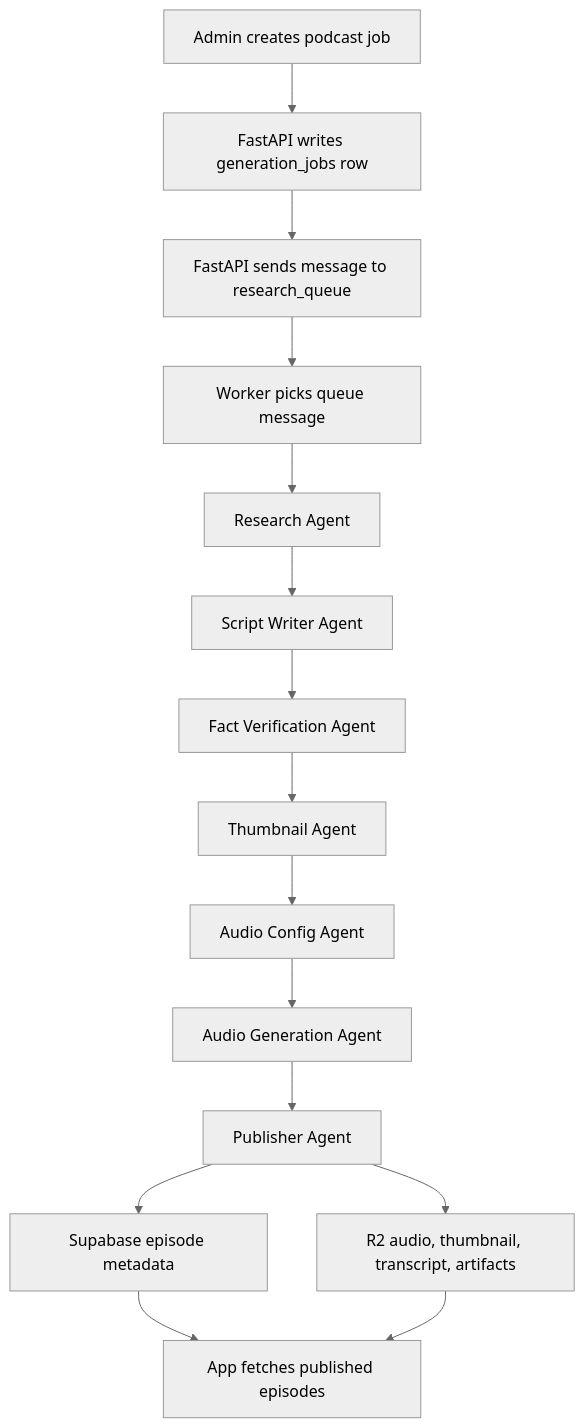
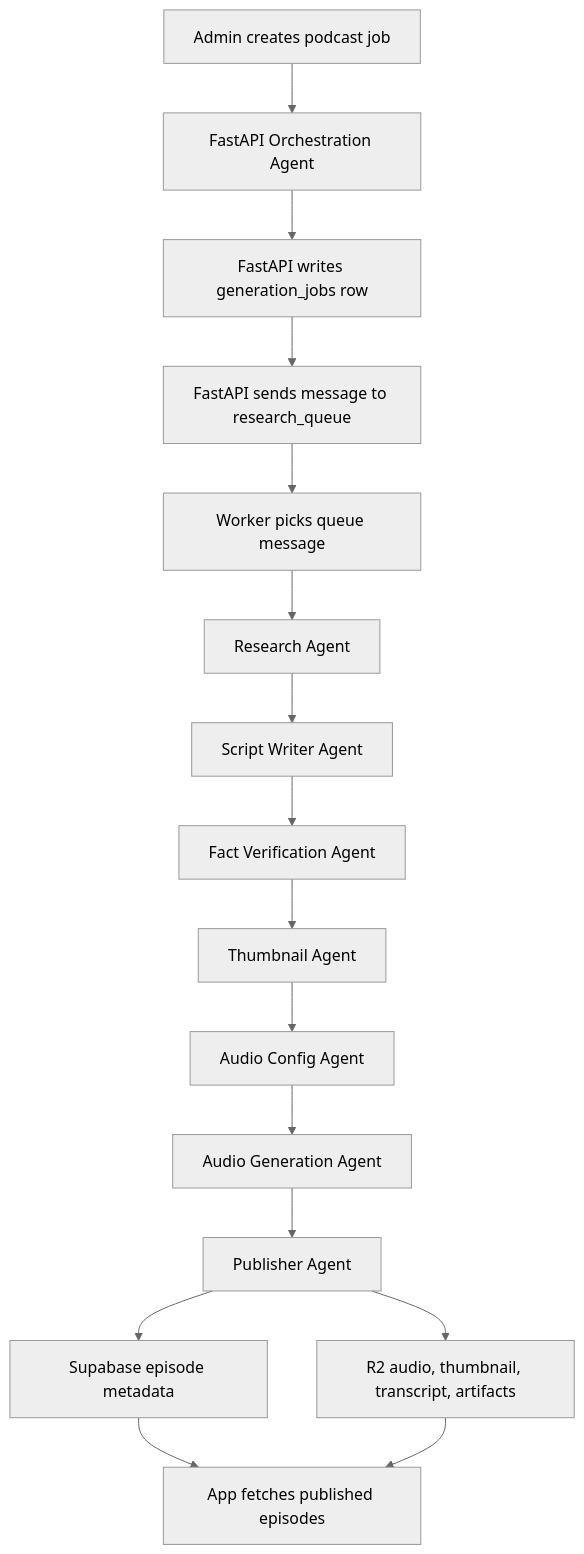
One commit to Yousafkhanzadaa/pleopod changed the diagram in docs/system-flow.md. Above: the diagram before and after it, drawn with Mermaid (neutral theme). The commit also changed other lines of this file and 15 other files, not shown here.

First line of the commit message:
Implement orchestration agent for podcast job creation and update related configurations

````diff
--- a/docs/system-flow.md
+++ b/docs/system-flow.md
@@ -21,17 +22,18 @@
 ```mermaid
 flowchart TD
-  A["Admin creates podcast job"] --> B["FastAPI writes generation_jobs row"]
-  B --> C["FastAPI sends message to research_queue"]
-  C --> D["Worker picks queue message"]
-  D --> E["Research Agent"]
-  E --> G["Script Writer Agent"]
+  A["Admin creates podcast job"] --> B["FastAPI Orchestration Agent"]
+  B --> C["FastAPI writes generation_jobs row"]
+  C --> D["FastAPI sends message to research_queue"]
+  D --> E["Worker picks queue message"]
+  E --> F["Research Agent"]
+  F --> G["Script Writer Agent"]
   G --> H["Fact Verification Agent"]
   H --> I["Thumbnail Agent"]
   I --> J["Audio Config Agent"]
   J --> K["Audio Generation Agent"]
   K --> L["Publisher Agent"]
   L --> M["Supabase episode metadata"]
   L --> N["R2 audio, thumbnail, transcript, artifacts"]
   M --> O["App fetches published episodes"]
   N --> O
 ```
````
